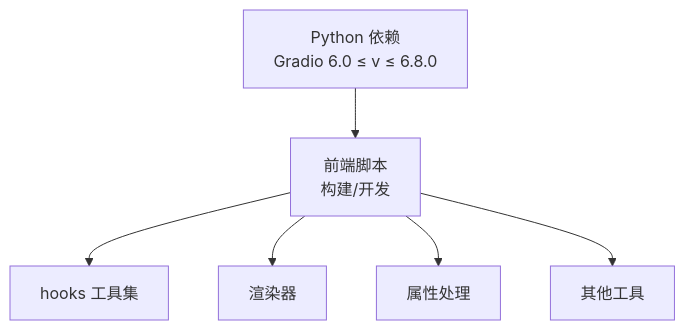
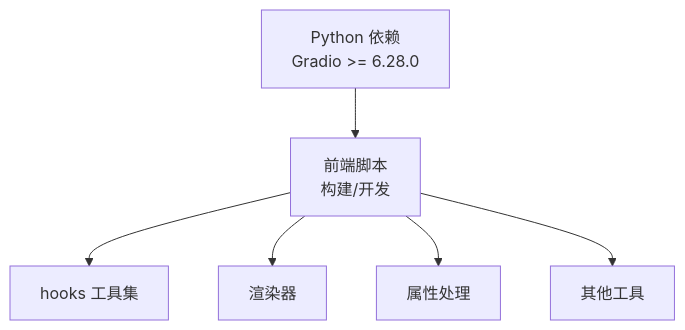
The third of 3 diagrams in .wiki/zh/API 参考/API 参考.md (modelscope/modelscope-studio), drawn with Mermaid before and after one commit. The commit also changed other lines of this file and 13 other files, not shown here.

````diff
--- a/.wiki/zh/API 参考/API 参考.md
+++ b/.wiki/zh/API 参考/API 参考.md
@@ -405,14 +405,14 @@
 ```mermaid
 graph TB
-PY_DEPS["Python 依赖<br/>Gradio 6.0 ≤ v ≤ 6.8.0"]
+PY_DEPS["Python 依赖<br/>Gradio >= 6.28.0"]
 FE_SCRIPTS["前端脚本<br/>构建/开发"]
 FE_HOOKS["hooks 工具集"]
 FE_RENDER["渲染器"]
 FE_PATCH["属性处理"]
 FE_OTHER["其他工具"]
 PY_DEPS --> FE_SCRIPTS
 FE_SCRIPTS --> FE_HOOKS
 FE_SCRIPTS --> FE_RENDER
 FE_SCRIPTS --> FE_PATCH
 FE_SCRIPTS --> FE_OTHER
 ```
````
